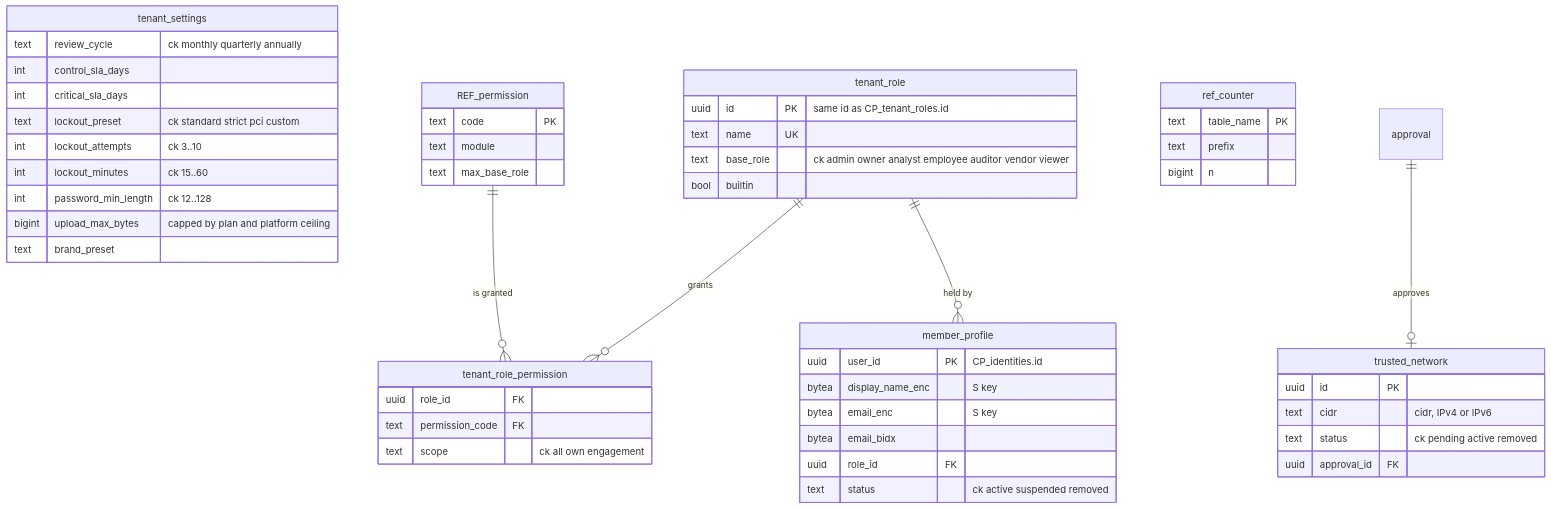
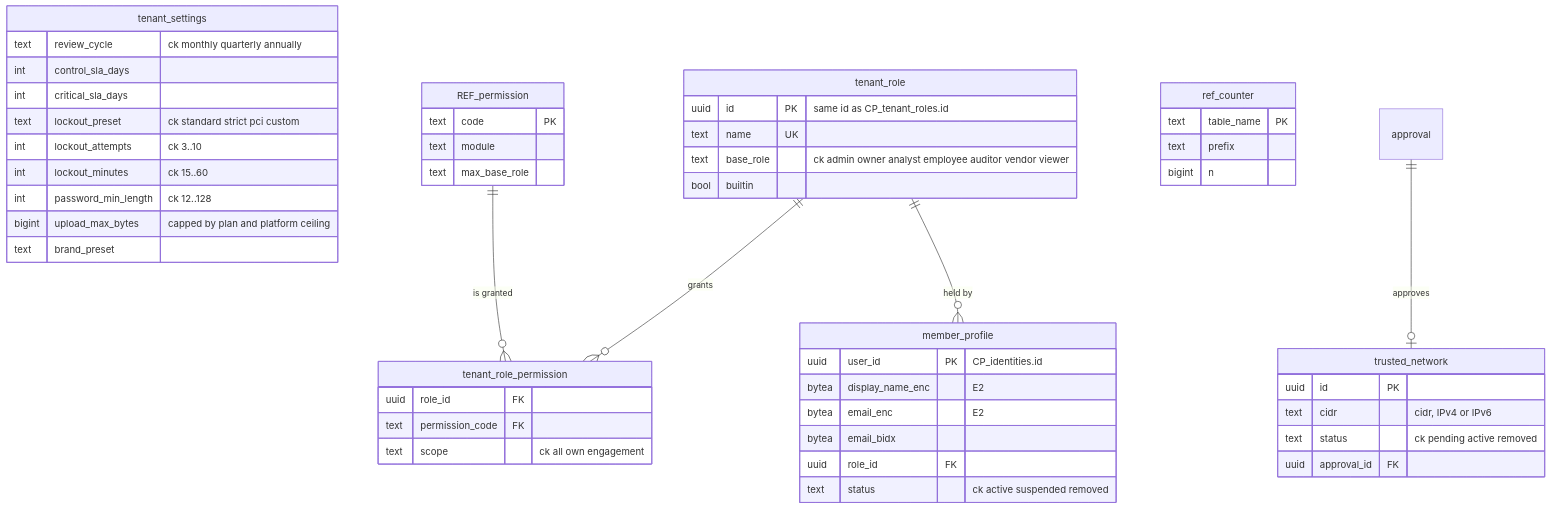
The first of 27 diagrams in docs/architecture/backend-v2/phase2/2B-data-model.md (ShahidCS/Selvara), drawn with Mermaid before and after one commit. The commit also changed other lines of this file and 8 other files, not shown here.

First line of the commit message:
docs(backend-v2): phase 3 revisions in progress (architecture, data model, registers)

````diff
--- a/docs/architecture/backend-v2/phase2/2B-data-model.md
+++ b/docs/architecture/backend-v2/phase2/2B-data-model.md
@@ -221,53 +225,53 @@
 ```mermaid
 erDiagram
   tenant_settings {
     text review_cycle "ck monthly quarterly annually"
     int control_sla_days
     int critical_sla_days
     text lockout_preset "ck standard strict pci custom"
     int lockout_attempts "ck 3..10"
     int lockout_minutes "ck 15..60"
     int password_min_length "ck 12..128"
     bigint upload_max_bytes "capped by plan and platform ceiling"
     text brand_preset
   }
   trusted_network {
     uuid id PK
     text cidr "cidr, IPv4 or IPv6"
     text status "ck pending active removed"
     uuid approval_id FK
   }
   tenant_role {
     uuid id PK "same id as CP_tenant_roles.id"
     text name UK
     text base_role "ck admin owner analyst employee auditor vendor viewer"
     bool builtin
   }
   tenant_role_permission {
     uuid role_id FK
     text permission_code FK
     text scope "ck all own engagement"
   }
   REF_permission {
     text code PK
     text module
     text max_base_role
   }
   member_profile {
     uuid user_id PK "CP_identities.id"
-    bytea display_name_enc "S key"
-    bytea email_enc "S key"
+    bytea display_name_enc "E2"
+    bytea email_enc "E2"
     bytea email_bidx
     uuid role_id FK
     text status "ck active suspended removed"
   }
   ref_counter {
     text table_name PK
     text prefix
     bigint n
   }
   tenant_role ||--o{ tenant_role_permission : grants
   REF_permission ||--o{ tenant_role_permission : "is granted"
   tenant_role ||--o{ member_profile : "held by"
   approval ||--o| trusted_network : approves
 ```
````
